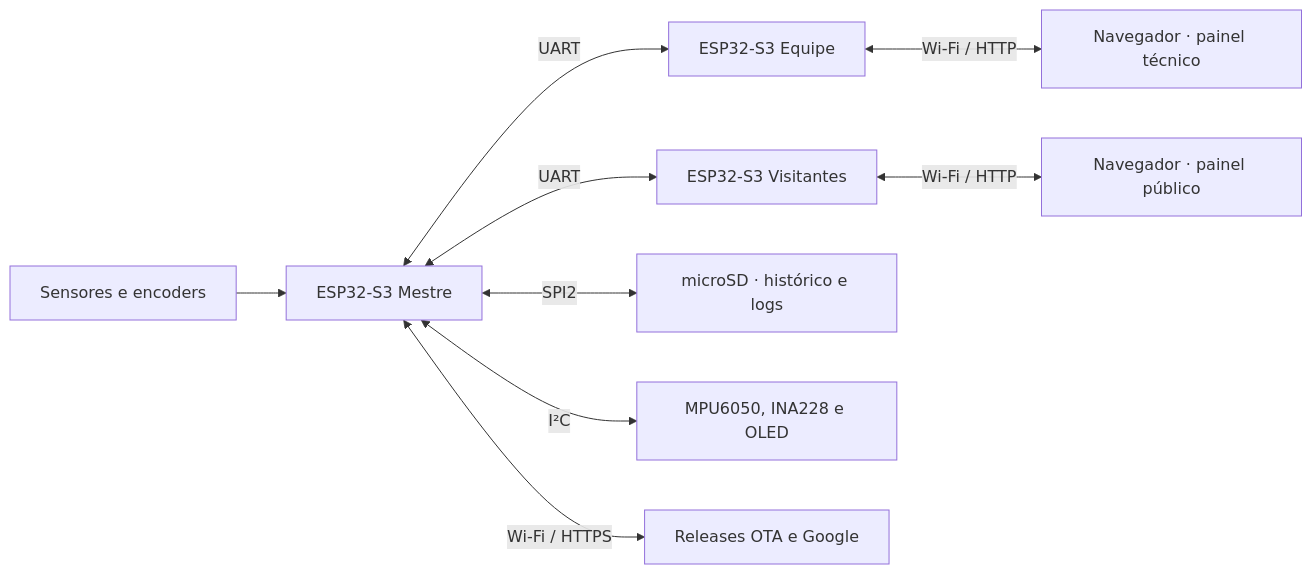
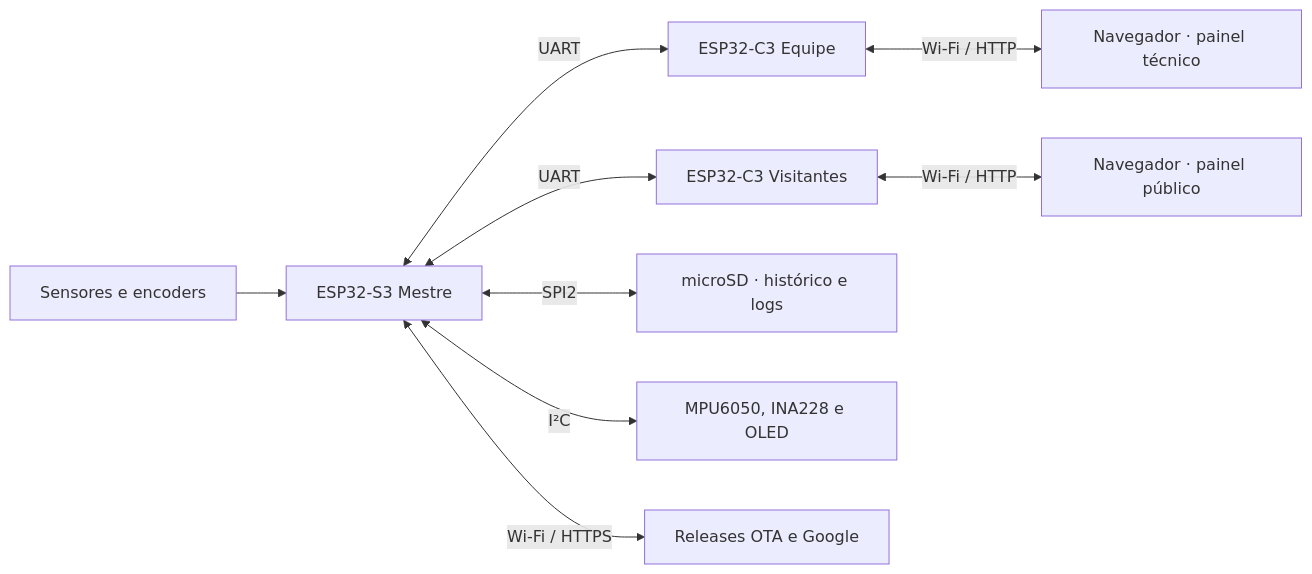
Before and after one commit to thegm-Gabriel/instrumentacao-ElectricCarUFSM: the diagram in documentacao/arquitetura.md, drawn with Mermaid. The commit also changed other lines of this file and 177 other files, not shown here.

````diff
--- a/documentacao/arquitetura.md
+++ b/documentacao/arquitetura.md
@@ -13,11 +13,11 @@
 ```mermaid
 flowchart LR
     S["Sensores e encoders"] --> M["ESP32-S3 Mestre"]
-    M <-->|UART| E["ESP32-S3 Equipe"]
-    M <-->|UART| V["ESP32-S3 Visitantes"]
+    M <-->|UART| E["ESP32-C3 Equipe"]
+    M <-->|UART| V["ESP32-C3 Visitantes"]
     E <-->|Wi-Fi / HTTP| PE["Navegador · painel técnico"]
     V <-->|Wi-Fi / HTTP| PV["Navegador · painel público"]
     M <-->|SPI2| SD["microSD · histórico e logs"]
     M <-->|I²C| IO["MPU6050, INA228 e OLED"]
     M <-->|Wi-Fi / HTTPS| REDE["Releases OTA e Google"]
 ```
````
